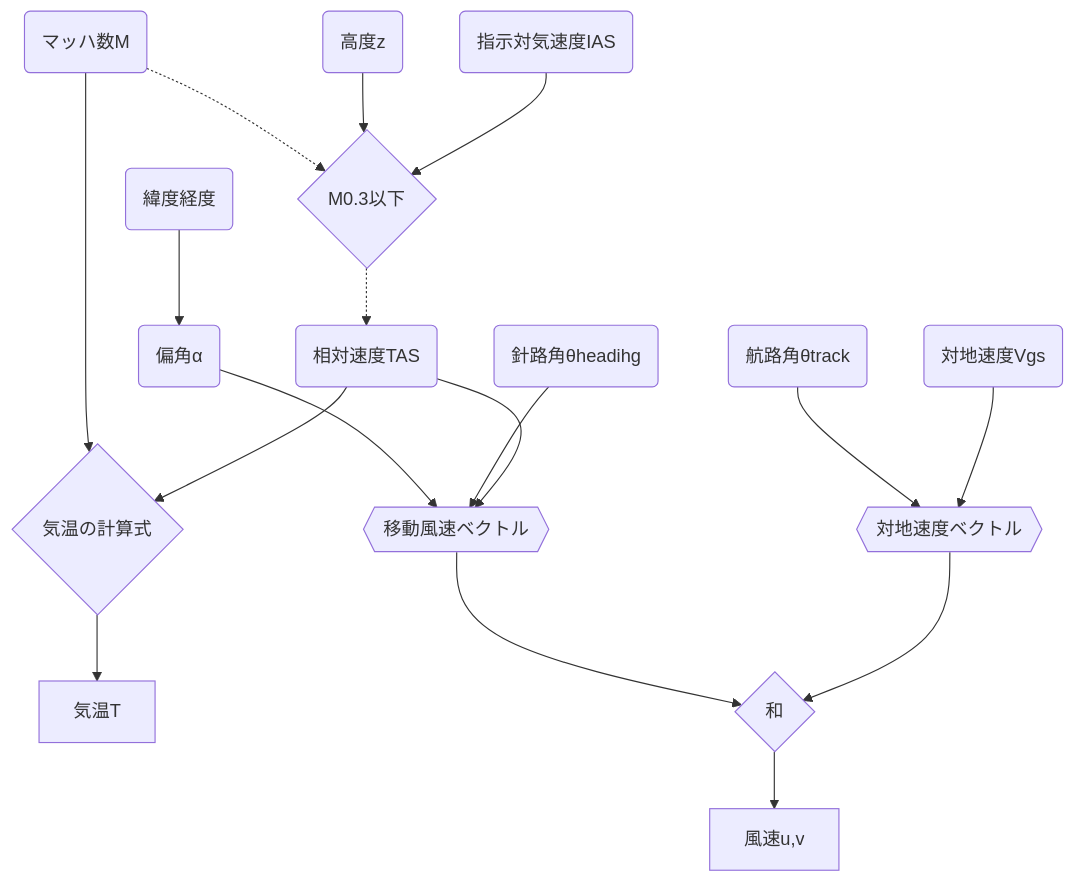
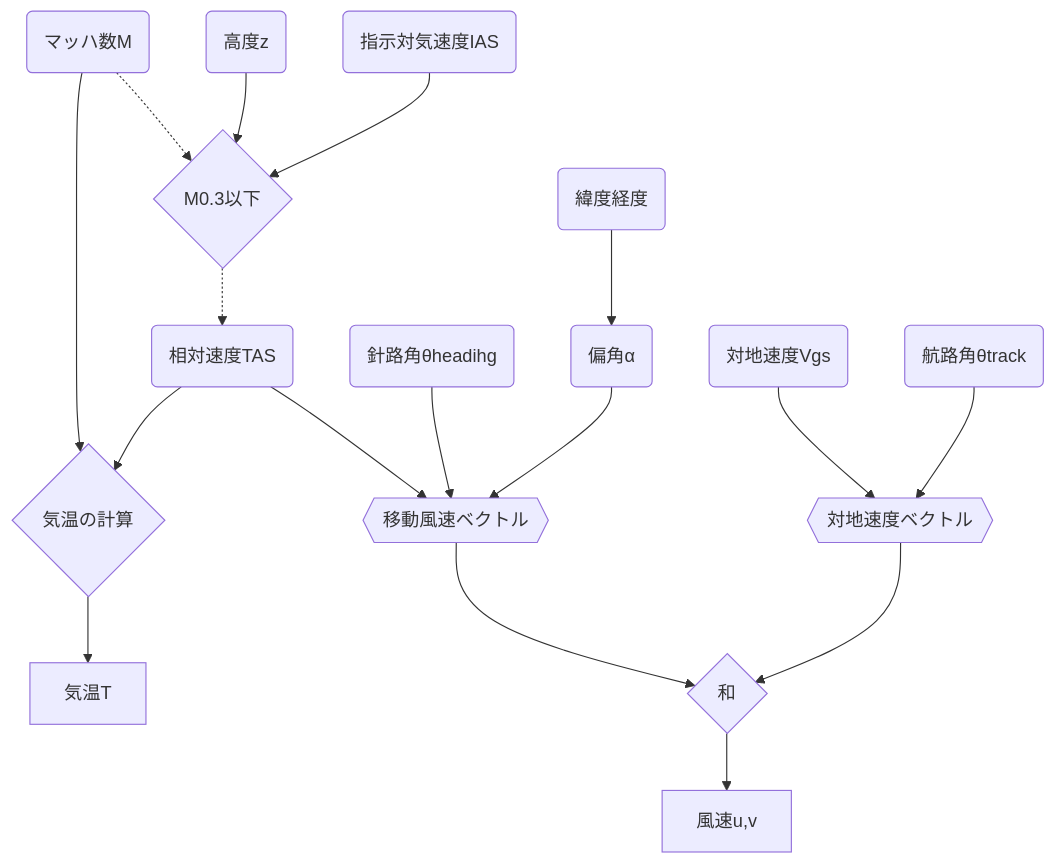
Before and after one commit to nihsok/sdr: the diagram in aircraft/ads-b/README.md, drawn with Mermaid.

Commit message:
フローチャートの配置を修正

````diff
--- a/aircraft/ads-b/README.md
+++ b/aircraft/ads-b/README.md
@@ -70,22 +70,22 @@
 ```mermaid
 flowchart TD
-  A(相対速度TAS) --> C{気温の計算式}
+  A(相対速度TAS) --> C{気温の計算}
   B(マッハ数M) --> C
   C --> D[気温T]
   E(指示対気速度IAS) --> F{M0.3以下}
   G(高度z) --> F
   F -.-> A
   B -.-> F
   
-  H(対地速度Vgs) --> I{{対地速度ベクトル}}
-  J(航路角θtrack) --> I
-  
-  A --> K{{移動風速ベクトル}}
+  H(航路角θtrack) --> I
+  J(対地速度Vgs) --> I{{対地速度ベクトル}}
+
+  M(緯度経度) --> N(偏角α)
+  N --> K{{移動風速ベクトル}}
   L(針路角θheadihg) --> K
-  M(緯度経度) --> N(偏角α)
-  N --> K
+  A --> K
 
   I --> O{和}
   K --> O
   O --> P[風速u,v]
 ```
````
